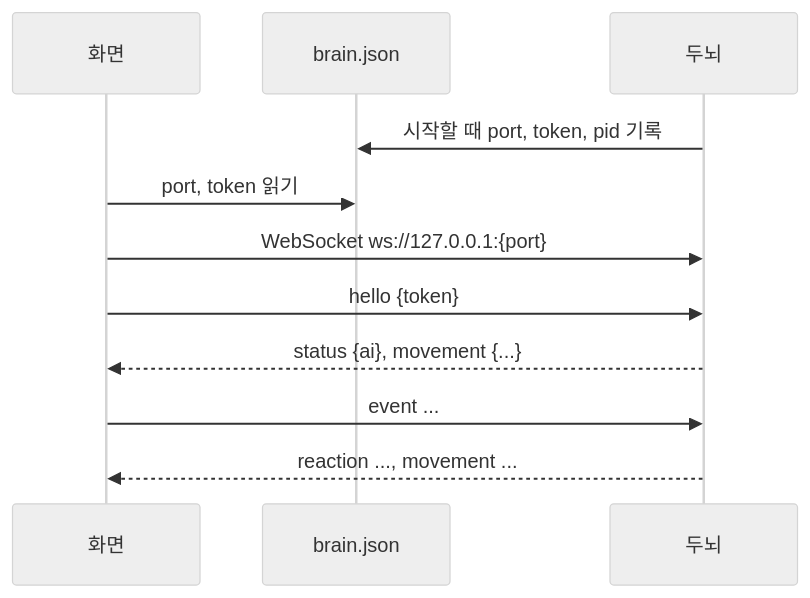
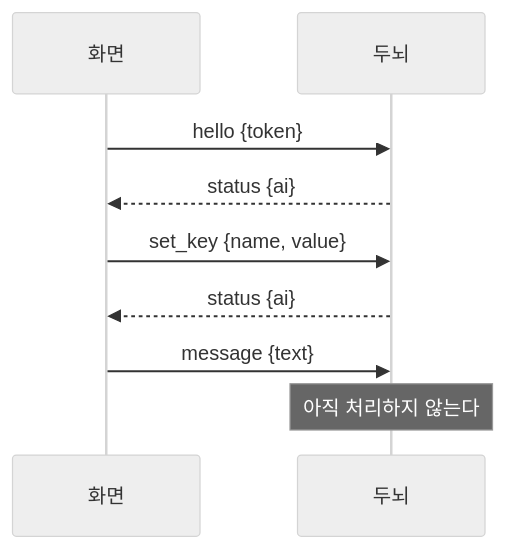
Before and after one commit to HEOSEONGILml/AssistantChatBot: the diagram in docs/brain-protocol.md, drawn with Mermaid (neutral theme). The commit also changed other lines of this file and 258 other files, not shown here.

````diff
--- a/docs/brain-protocol.md
+++ b/docs/brain-protocol.md
@@ -7,13 +12,11 @@
 ```mermaid
 sequenceDiagram
-  participant 화면
-  participant 파일 as brain.json
-  participant 두뇌
-  두뇌->>파일: 시작할 때 port, token, pid 기록
-  화면->>파일: port, token 읽기
-  화면->>두뇌: WebSocket ws://127.0.0.1:{port}
-  화면->>두뇌: hello {token}
-  두뇌-->>화면: status {ai}, movement {...}
-  화면->>두뇌: event ...
-  두뇌-->>화면: reaction ..., movement ...
+  participant S as 화면
+  participant B as 두뇌
+  S->>B: hello {token}
+  B-->>S: status {ai}
+  S->>B: set_key {name, value}
+  B-->>S: status {ai}
+  S->>B: message {text}
+  Note over B: 아직 처리하지 않는다
 ```
````
